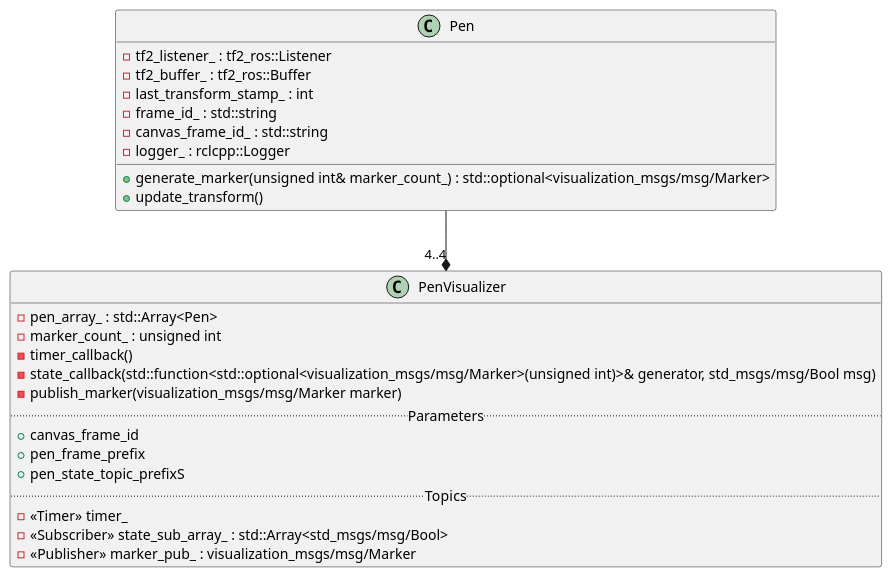
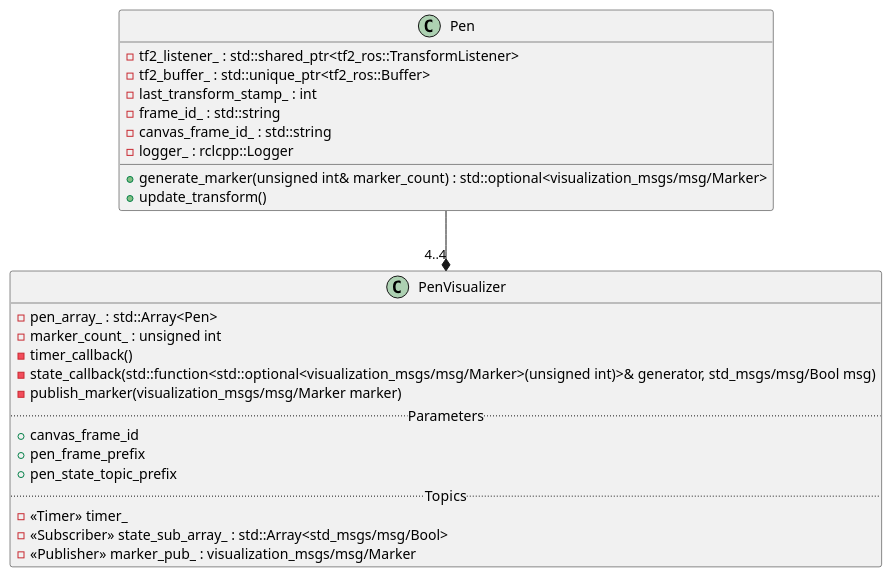
One commit to zbrotherton/RRC-RAI-ROS2 changed the first of 2 diagrams in docs/puml/pen_visualizer.puml. Above: the diagram before and after it, drawn with PlantUML. The commit also changed 4 other files, not shown here.

```diff
--- a/docs/puml/pen_visualizer.puml
+++ b/docs/puml/pen_visualizer.puml
@@ -1,31 +1,31 @@
 @startuml PenVisualizerClass
 
 class Pen{
-    -tf2_listener_ : tf2_ros::Listener
-    -tf2_buffer_ : tf2_ros::Buffer
+    -tf2_listener_ : std::shared_ptr<tf2_ros::TransformListener>
+    -tf2_buffer_ : std::unique_ptr<tf2_ros::Buffer>
     -last_transform_stamp_ : int
     -frame_id_ : std::string
     -canvas_frame_id_ : std::string
     -logger_ : rclcpp::Logger
-    +generate_marker(unsigned int& marker_count_) : std::optional<visualization_msgs/msg/Marker>
+    +generate_marker(unsigned int& marker_count) : std::optional<visualization_msgs/msg/Marker>
     +update_transform()
 }
 
 class PenVisualizer{
     -pen_array_ : std::Array<Pen>
     -marker_count_ : unsigned int
     -timer_callback()
     -state_callback(std::function<std::optional<visualization_msgs/msg/Marker>(unsigned int)>& generator, std_msgs/msg/Bool msg)
     -publish_marker(visualization_msgs/msg/Marker marker)
     .. Parameters ..
     +canvas_frame_id
     +pen_frame_prefix
-    +pen_state_topic_prefixS
+    +pen_state_topic_prefix
     .. Topics ..
     -<<Timer>> timer_
     -<<Subscriber>> state_sub_array_ : std::Array<std_msgs/msg/Bool>
     -<<Publisher>> marker_pub_ : visualization_msgs/msg/Marker
 }
 
 Pen --* "4..4" PenVisualizer
 @enduml
```
